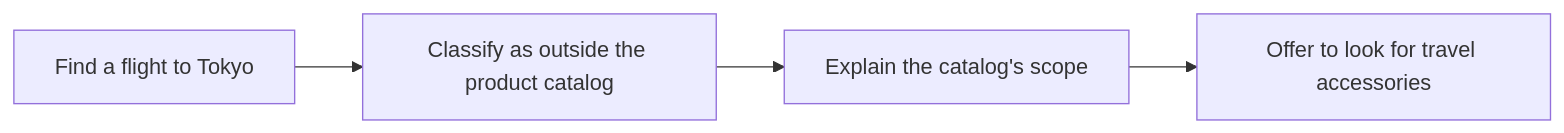
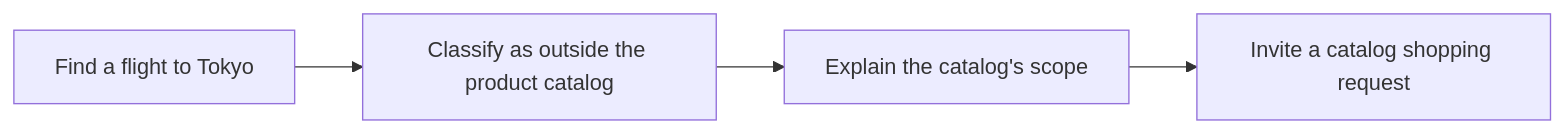
The sixth of 10 diagrams in docs/architecture.md (rosneri/bazak), drawn with Mermaid before and after one commit. The commit also changed other lines of this file and 7 other files, not shown here.

````diff
--- a/docs/architecture.md
+++ b/docs/architecture.md
@@ -100,6 +85,6 @@
 ```mermaid
 flowchart LR
   ask["Find a flight to Tokyo"] --> scope["Classify as outside the product catalog"]
   scope --> reply["Explain the catalog's scope"]
-  reply --> follow["Offer to look for travel accessories"]
+  reply --> follow["Invite a catalog shopping request"]
 ```
````
